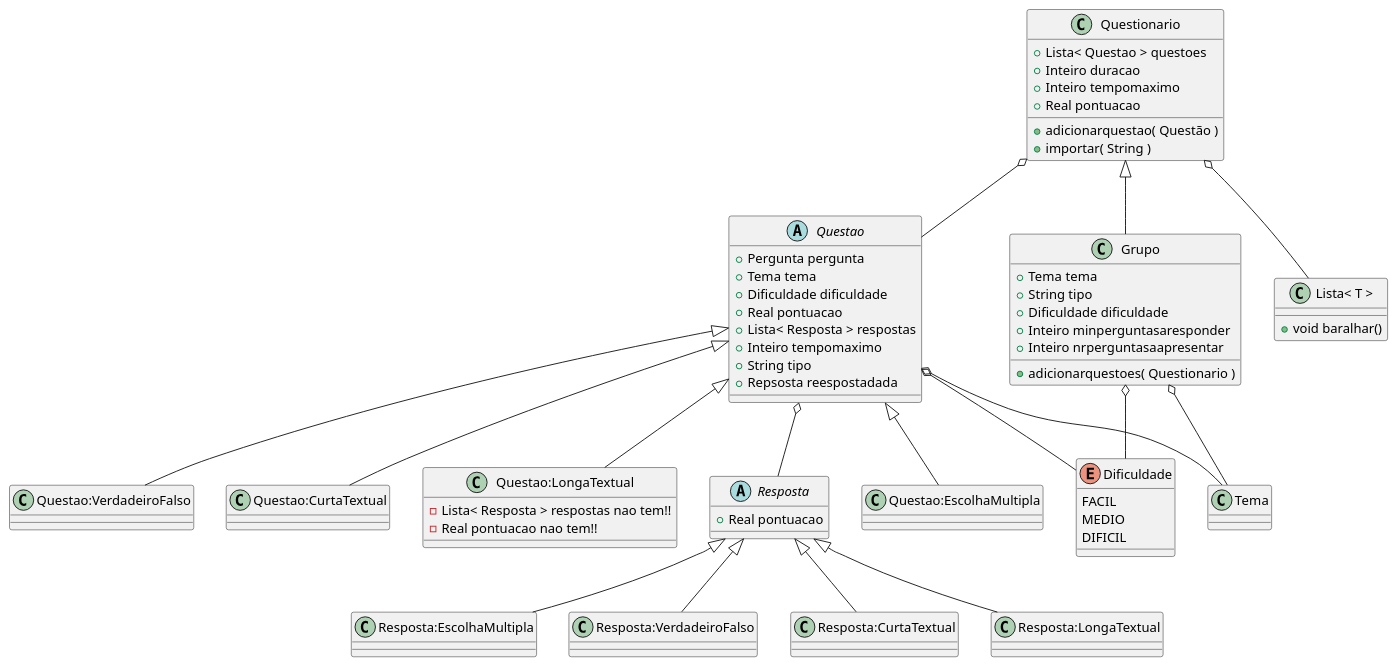
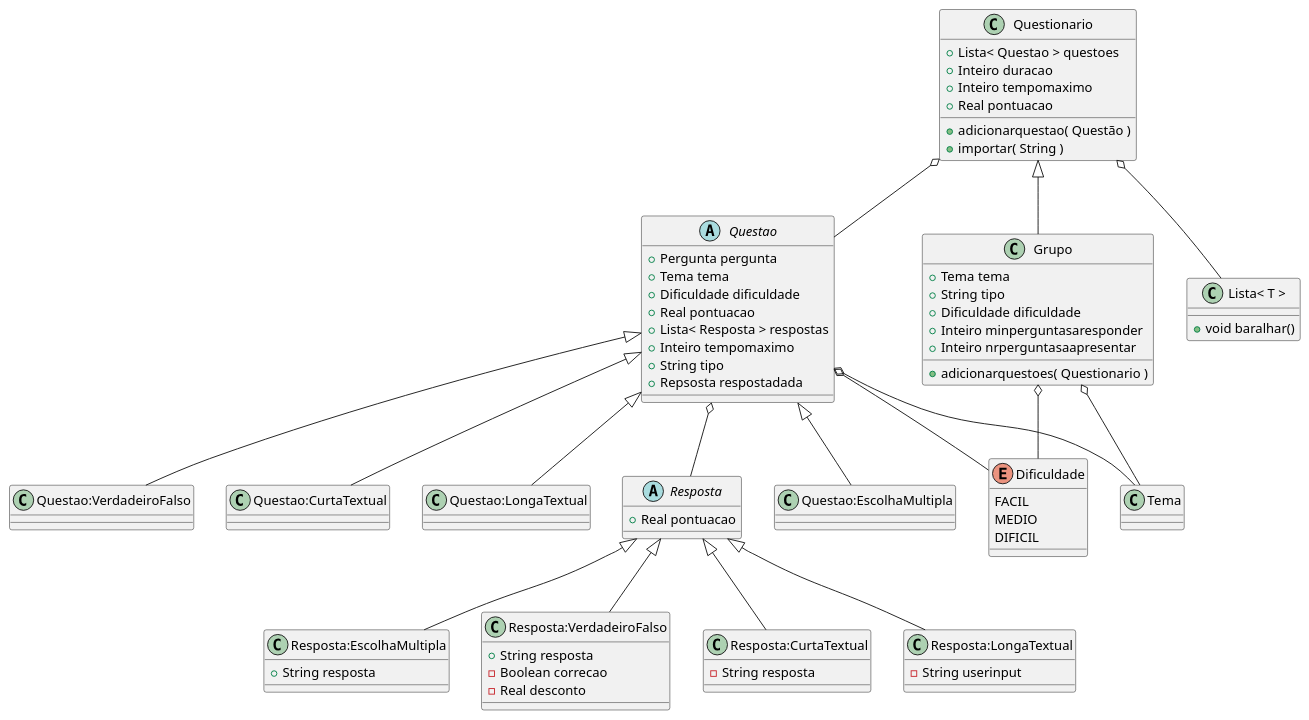
The diagram in diagram.pu (immarianaas/c-quiz-language), drawn with PlantUML before and after one commit. The commit also changed 2 other files, not shown here.

```diff
--- a/diagram.pu
+++ b/diagram.pu
@@ -1,113 +1,123 @@
 @startuml Compilers project
 
 abstract class Questao {
     + Pergunta pergunta
     + Tema tema
     + Dificuldade dificuldade
     + Real pontuacao
     + Lista< Resposta > respostas
     + Inteiro tempomaximo
     + String tipo
-    + Repsosta reespostadada
+    + Repsosta respostadada
 }
 
 class "Questao:EscolhaMultipla" {
 }
 
 class "Questao:VerdadeiroFalso" {
 }
 
 class "Questao:CurtaTextual" {
 }
 
 class "Questao:LongaTextual" {
-    - Lista< Resposta > respostas nao tem!!
-    -  Real pontuacao nao tem!!
+'''*    - Lista< Resposta > respostas nao tem!!
+'''*    -  Real pontuacao nao tem!!
 }
 
 Questao <|-- "Questao:EscolhaMultipla"
 Questao <|-- "Questao:VerdadeiroFalso"
 Questao <|-- "Questao:CurtaTextual"
 Questao <|-- "Questao:LongaTextual"
 
 
 abstract class Resposta {
     + Real pontuacao
 }
 
-class "Resposta:EscolhaMultipla" { }
+class "Resposta:EscolhaMultipla" { 
+    + String resposta
+}
 
-class "Resposta:VerdadeiroFalso" { }
+class "Resposta:VerdadeiroFalso" { 
+    + String resposta
+    - Boolean correcao
+    - Real desconto
+}
 
-class "Resposta:CurtaTextual" { }
+class "Resposta:CurtaTextual" { 
+    - String resposta
+}
 
-class "Resposta:LongaTextual" { }
+class "Resposta:LongaTextual" { 
+    - String userinput
+}
 
 Resposta <|-- "Resposta:EscolhaMultipla"
 Resposta <|-- "Resposta:VerdadeiroFalso"
 Resposta <|-- "Resposta:CurtaTextual"
 Resposta <|-- "Resposta:LongaTextual"
 
 class Questionario {
     + Lista< Questao > questoes
     + Inteiro duracao 
     + Inteiro tempomaximo 
     + Real pontuacao 
 
     + adicionarquestao( Questão )
     + importar( String )
 }
 
 class Grupo {
     + Tema tema
     + String tipo
     + Dificuldade dificuldade
     + Inteiro minperguntasaresponder
     + Inteiro nrperguntasaapresentar
 
     + adicionarquestoes( Questionario )
 }
 
 class "Lista< T >" {
     + void baralhar()
 }
 
 '''class outros {
 '''    + apresentarMenu( Questionario )
 '''    + apresentarMenu( Questionario, Inteiro )
 '''    + apresentar( String )
 '''    + guardarrespostas( Questionario, String )
 '''    + str ( Inteiro )
 '''    + str ( Real )
 '''    + str ( Booleano )
 '''
 '''}
 
 ' -->>> se calhar nao faz sentido adicionar aqui'
  class Tema { }
  enum Dificuldade { 
     FACIL
     MEDIO
     DIFICIL
  }
 
  '''class String { }
  '''class Real { }
  '''class Inteiro { }
  '''class Boolean { }
 
 
 Questao o-- Tema
 Questao o-- Dificuldade
 
 Grupo o-- Tema
 Grupo o-- Dificuldade 
 
 Questionario o-- "Lista< T >"
 
 Questionario <|-- Grupo
 Questionario o-- Questao
 Questao o-- Resposta
 
 
 @enduml
```
